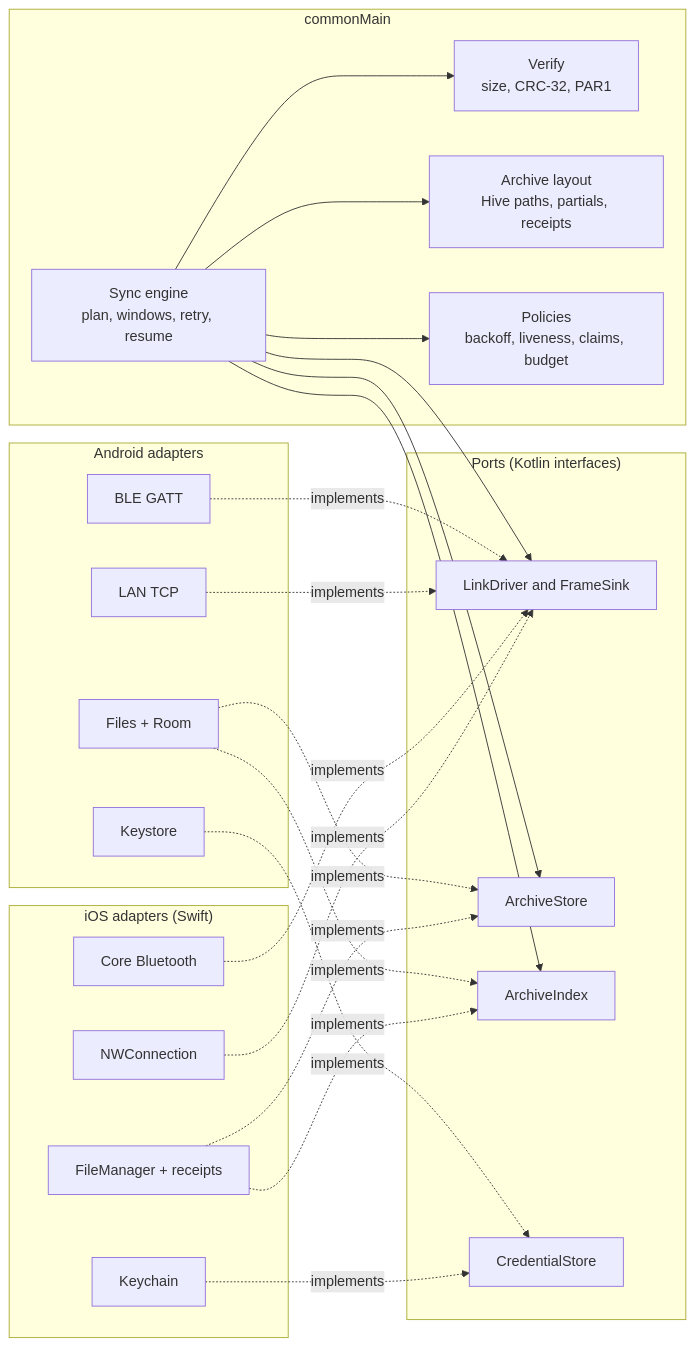
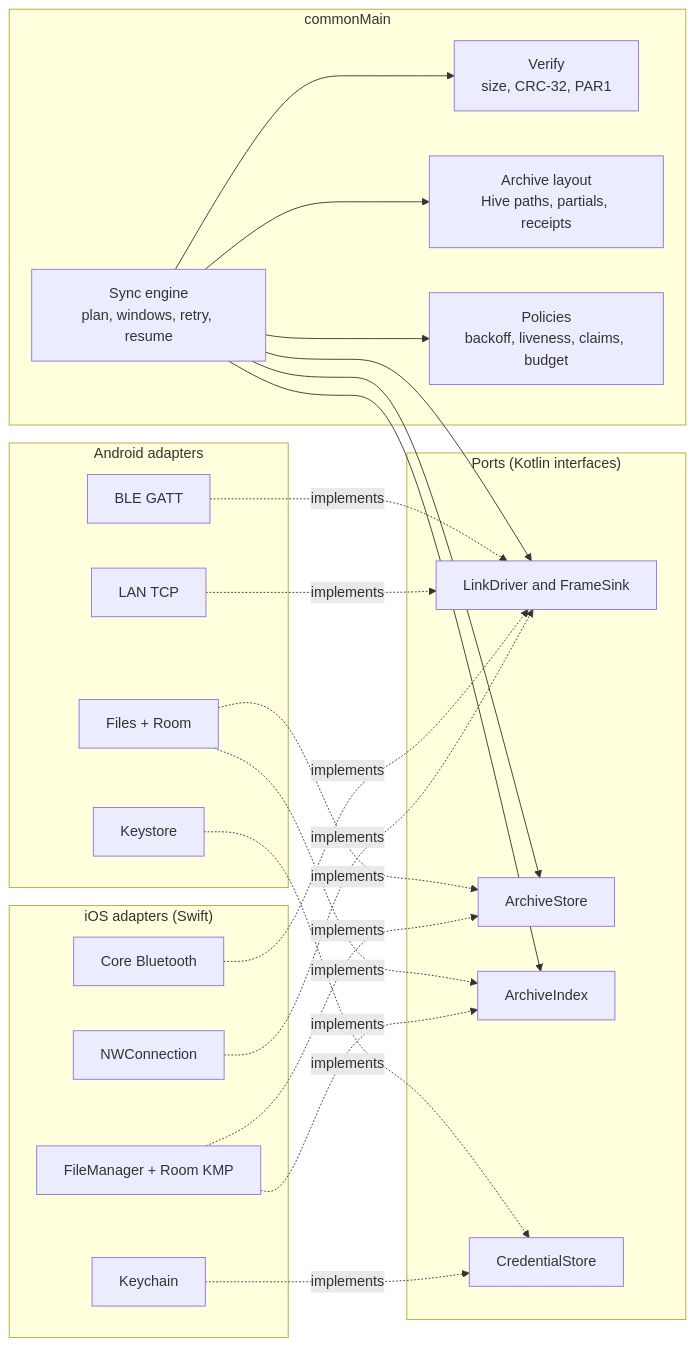
Before and after one commit to walkthru-earth/opensensor-space-mobile: the diagram in docs/cross-platform-guide.md, drawn with Mermaid. The commit also changed other lines of this file and 80 other files, not shown here.

First line of the commit message:
Keep the iOS archive index in Room KMP, shared with Android (#128)

````diff
--- a/docs/cross-platform-guide.md
+++ b/docs/cross-platform-guide.md
@@ -48,35 +48,35 @@
 ```mermaid
 flowchart LR
   subgraph shared["commonMain"]
     E[Sync engine<br/>plan, windows, retry, resume]
     V[Verify<br/>size, CRC-32, PAR1]
     L[Archive layout<br/>Hive paths, partials, receipts]
     P[Policies<br/>backoff, liveness, claims, budget]
   end
   subgraph ports["Ports (Kotlin interfaces)"]
     FL[LinkDriver and FrameSink]
     AS[ArchiveStore]
     AI[ArchiveIndex]
     CS[CredentialStore]
   end
   subgraph a["Android adapters"]
     AB[BLE GATT]
     AL[LAN TCP]
     AF[Files + Room]
     AK[Keystore]
   end
   subgraph i["iOS adapters (Swift)"]
     IB[Core Bluetooth]
     IL[NWConnection]
-    IF[FileManager + receipts]
+    IF[FileManager + Room KMP]
     IK[Keychain]
   end
   E --> FL & AS & AI
   E --> V & L & P
   AB & AL -.implements.-> FL
   IB & IL -.implements.-> FL
   AF -.implements.-> AS & AI
   IF -.implements.-> AS & AI
   AK -.implements.-> CS
   IK -.implements.-> CS
 ```
````
